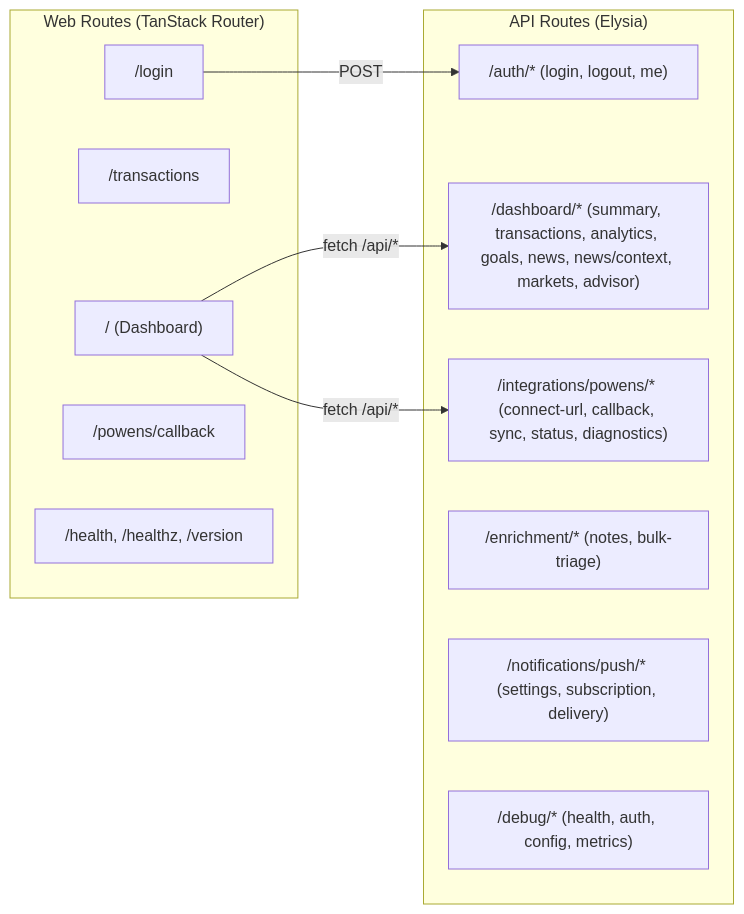
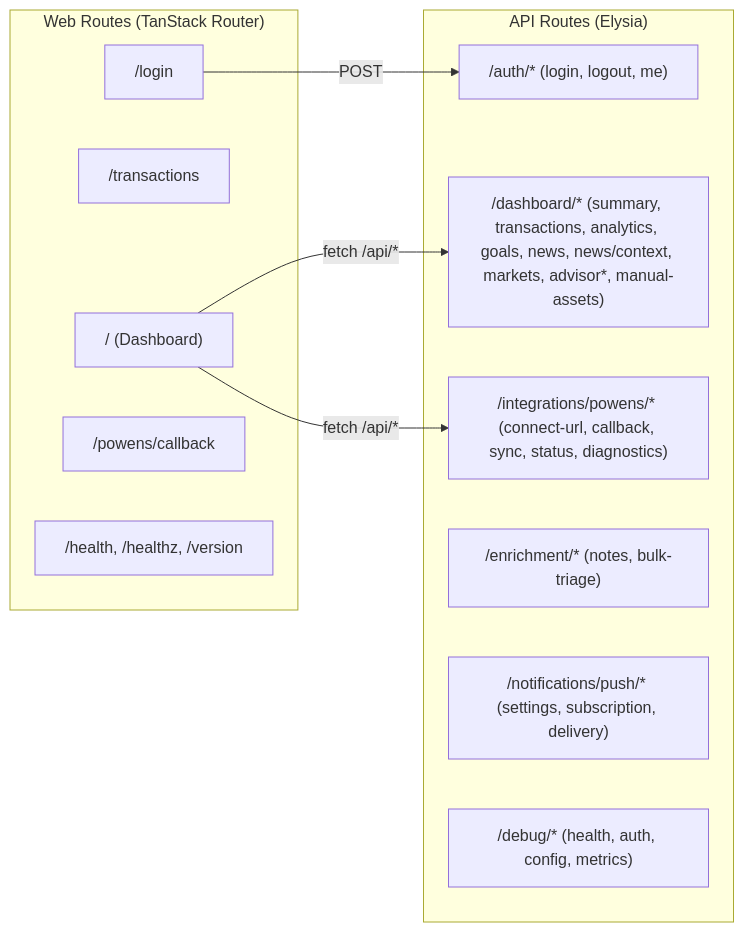
Before and after one commit to BigZoo92/finance-os: the fourth of 6 diagrams in docs/context/STACK.md, drawn with Mermaid. The commit also changed other lines of this file and 98 other files, not shown here.

````diff
--- a/docs/context/STACK.md
+++ b/docs/context/STACK.md
@@ -222,23 +225,23 @@
 ```mermaid
 graph LR
     subgraph "Web Routes (TanStack Router)"
         Root["/ (Dashboard)"]
         Trans["/transactions"]
         Login["/login"]
         Callback["/powens/callback"]
         Health["/health, /healthz, /version"]
     end
 
     subgraph "API Routes (Elysia)"
         Auth["/auth/* (login, logout, me)"]
-        Dash["/dashboard/* (summary, transactions, analytics, goals, news, news/context, markets, advisor)"]
+        Dash["/dashboard/* (summary, transactions, analytics, goals, news, news/context, markets, advisor*, manual-assets)"]
         Integ["/integrations/powens/* (connect-url, callback, sync, status, diagnostics)"]
         Enrich["/enrichment/* (notes, bulk-triage)"]
         Notif["/notifications/push/* (settings, subscription, delivery)"]
         Debug["/debug/* (health, auth, config, metrics)"]
     end
 
     Root -->|"fetch /api/*"| Dash
     Root -->|"fetch /api/*"| Integ
     Login -->|"POST"| Auth
 ```
````
